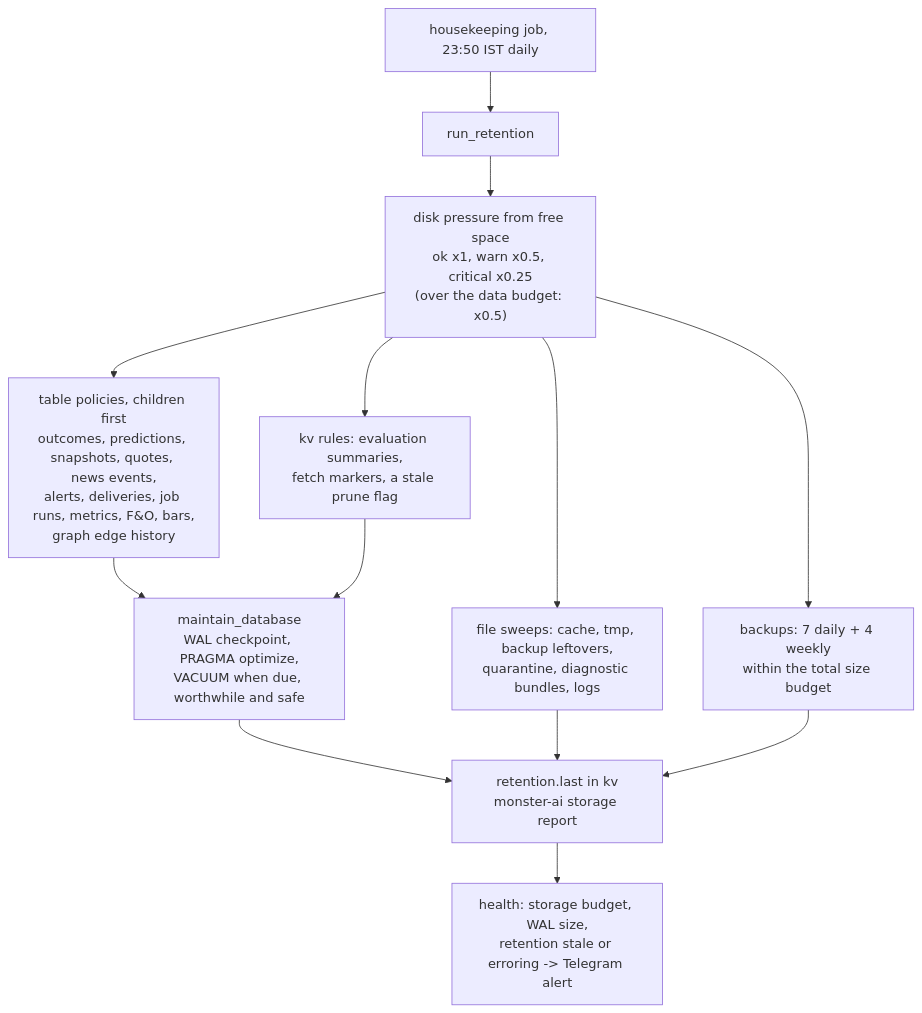
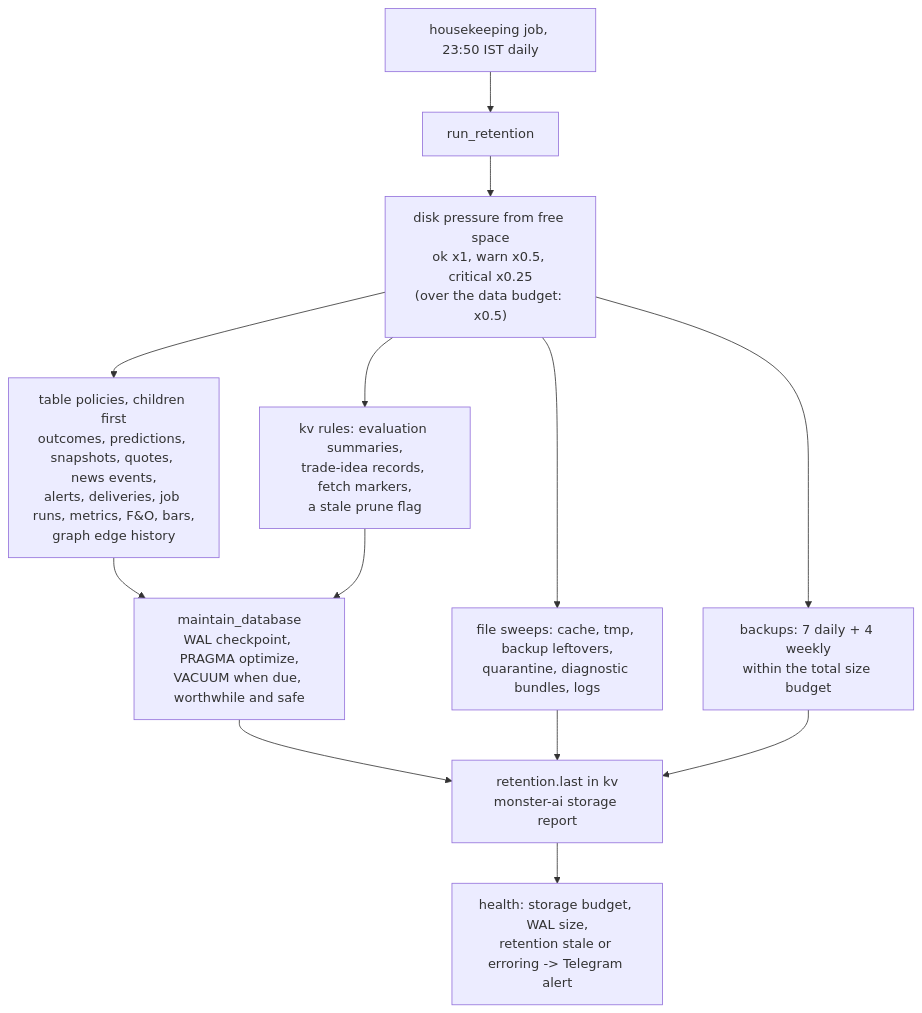
Diagram 19 of 21 in MONSTER-AI/docs/ARCHITECTURE.md (amansoni7477030/MonsterStock_AI), drawn with Mermaid before and after one commit. The commit also changed other lines of this file and 10 other files, not shown here.

````diff
--- a/MONSTER-AI/docs/ARCHITECTURE.md
+++ b/MONSTER-AI/docs/ARCHITECTURE.md
@@ -775,15 +846,15 @@
 ```mermaid
 flowchart TB
     HK["housekeeping job, 23:50 IST daily"] --> RET["run_retention"]
     RET --> PR["disk pressure from free space<br/>ok x1, warn x0.5, critical x0.25<br/>(over the data budget: x0.5)"]
     PR --> TB["table policies, children first<br/>outcomes, predictions, snapshots, quotes, news events,<br/>alerts, deliveries, job runs, metrics, F&O, bars,<br/>graph edge history"]
-    PR --> KV["kv rules: evaluation summaries,<br/>fetch markers, a stale prune flag"]
+    PR --> KV["kv rules: evaluation summaries,<br/>trade-idea records, fetch markers,<br/>a stale prune flag"]
     PR --> FS["file sweeps: cache, tmp, backup leftovers,<br/>quarantine, diagnostic bundles, logs"]
     PR --> BK["backups: 7 daily + 4 weekly<br/>within the total size budget"]
     TB --> DBM["maintain_database<br/>WAL checkpoint, PRAGMA optimize,<br/>VACUUM when due, worthwhile and safe"]
     KV --> DBM
     DBM --> REP["retention.last in kv<br/>monster-ai storage report"]
     FS --> REP
     BK --> REP
     REP --> HLT["health: storage budget, WAL size,<br/>retention stale or erroring -> Telegram alert"]
 ```
````
